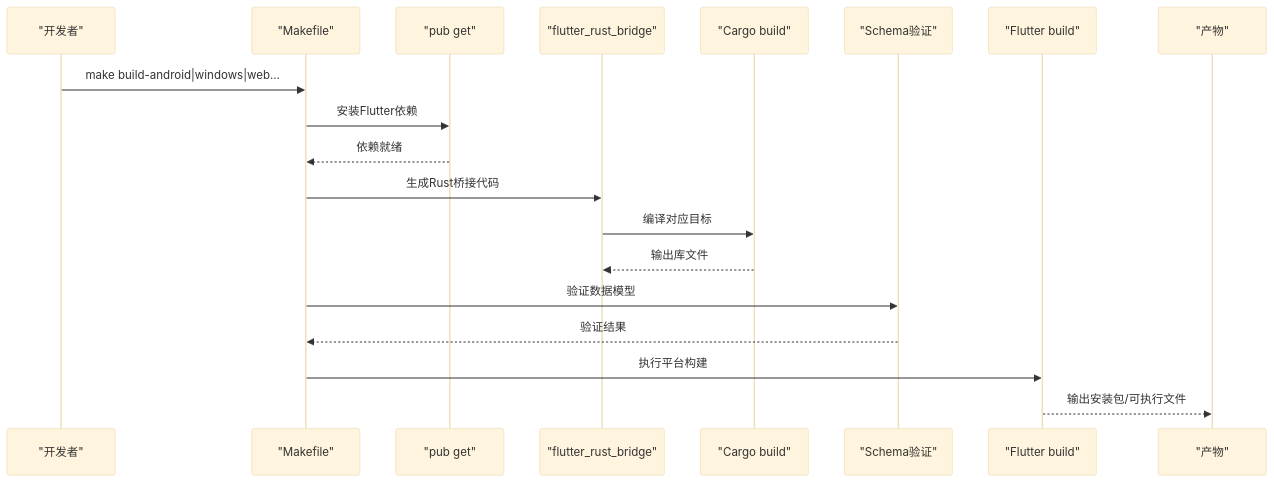
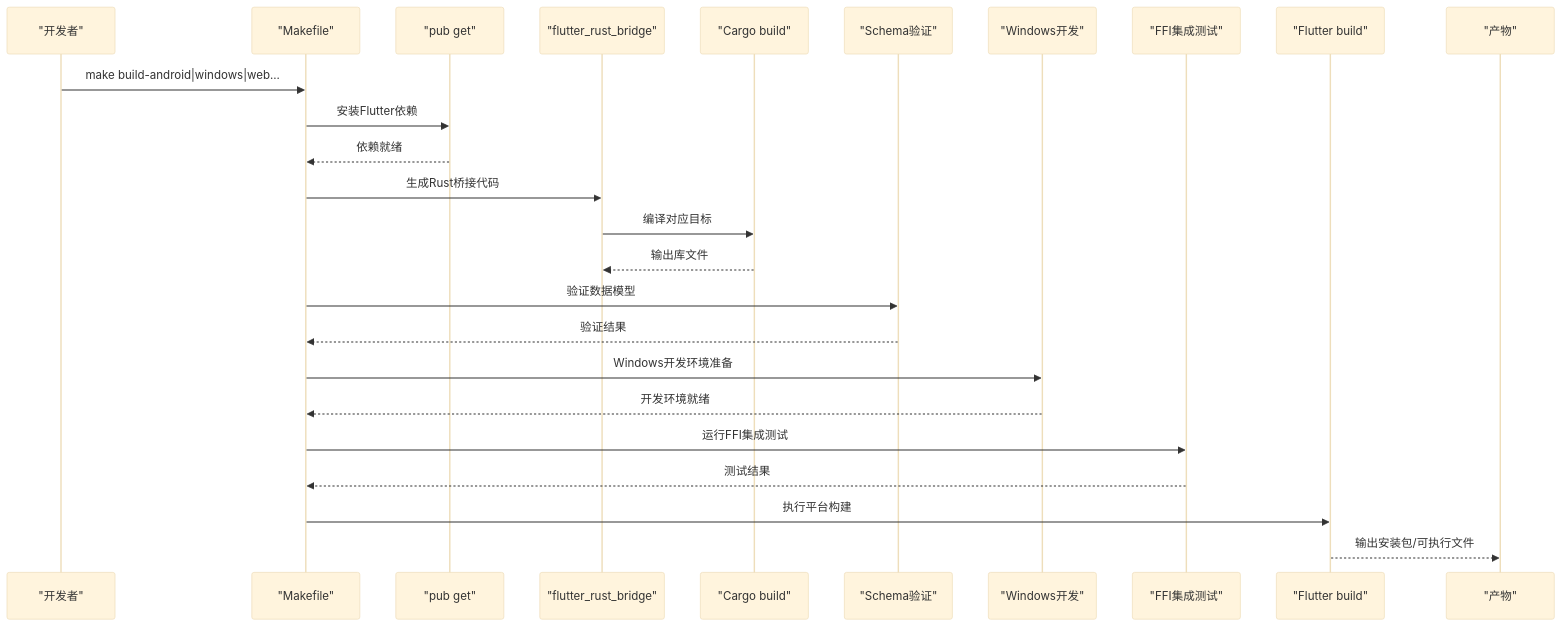
One commit to ZhangGHGitHub/LegadoTeamFlutter changed the fourth of 16 diagrams in .qoder/repowiki/zh/content/构建和部署/构建和部署.md. Above: the diagram before and after it, drawn with Mermaid (base theme). The commit also changed other lines of this file and 173 other files, not shown here.

````diff
--- a/.qoder/repowiki/zh/content/构建和部署/构建和部署.md
+++ b/.qoder/repowiki/zh/content/构建和部署/构建和部署.md
@@ -256,21 +343,27 @@
 ```mermaid
 sequenceDiagram
 participant Dev as "开发者"
 participant MK as "Makefile"
 participant PUB as "pub get"
 participant FRB as "flutter_rust_bridge"
 participant RUST as "Cargo build"
 participant SCHEMA as "Schema验证"
+participant WINDEV as "Windows开发"
+participant FFI as "FFI集成测试"
 participant FLUTTER as "Flutter build"
 participant OUT as "产物"
 Dev->>MK : make build-android|windows|web...
 MK->>PUB : 安装Flutter依赖
 PUB-->>MK : 依赖就绪
 MK->>FRB : 生成Rust桥接代码
 FRB->>RUST : 编译对应目标
 RUST-->>FRB : 输出库文件
 MK->>SCHEMA : 验证数据模型
 SCHEMA-->>MK : 验证结果
+MK->>WINDEV : Windows开发环境准备
+WINDEV-->>MK : 开发环境就绪
+MK->>FFI : 运行FFI集成测试
+FFI-->>MK : 测试结果
 MK->>FLUTTER : 执行平台构建
 FLUTTER-->>OUT : 输出安装包/可执行文件
 ```
````
